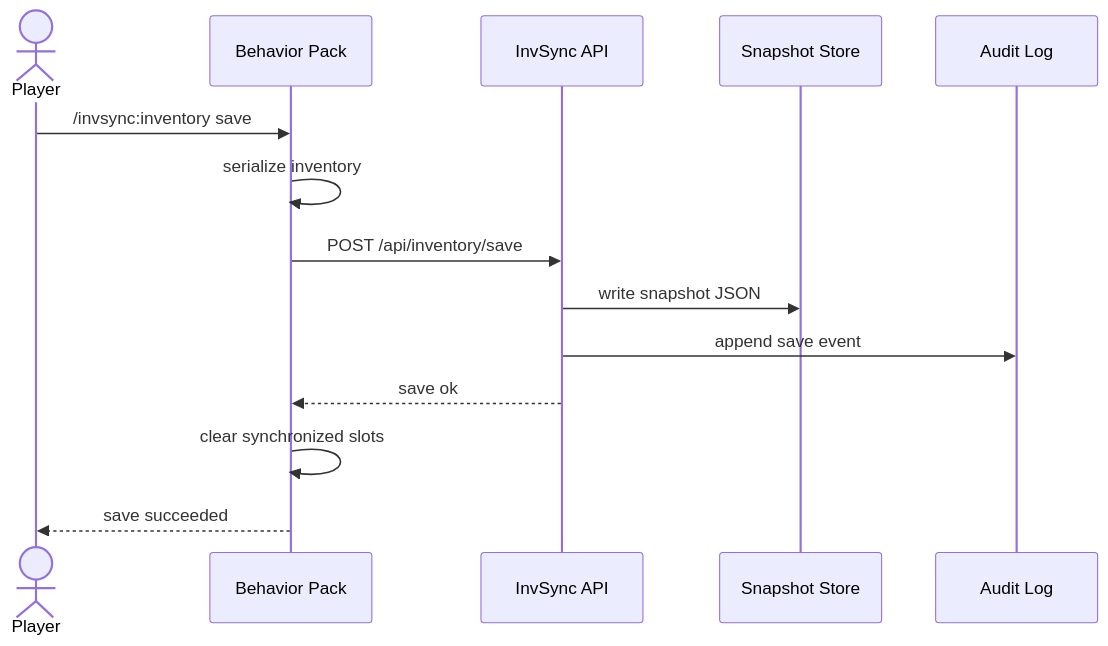
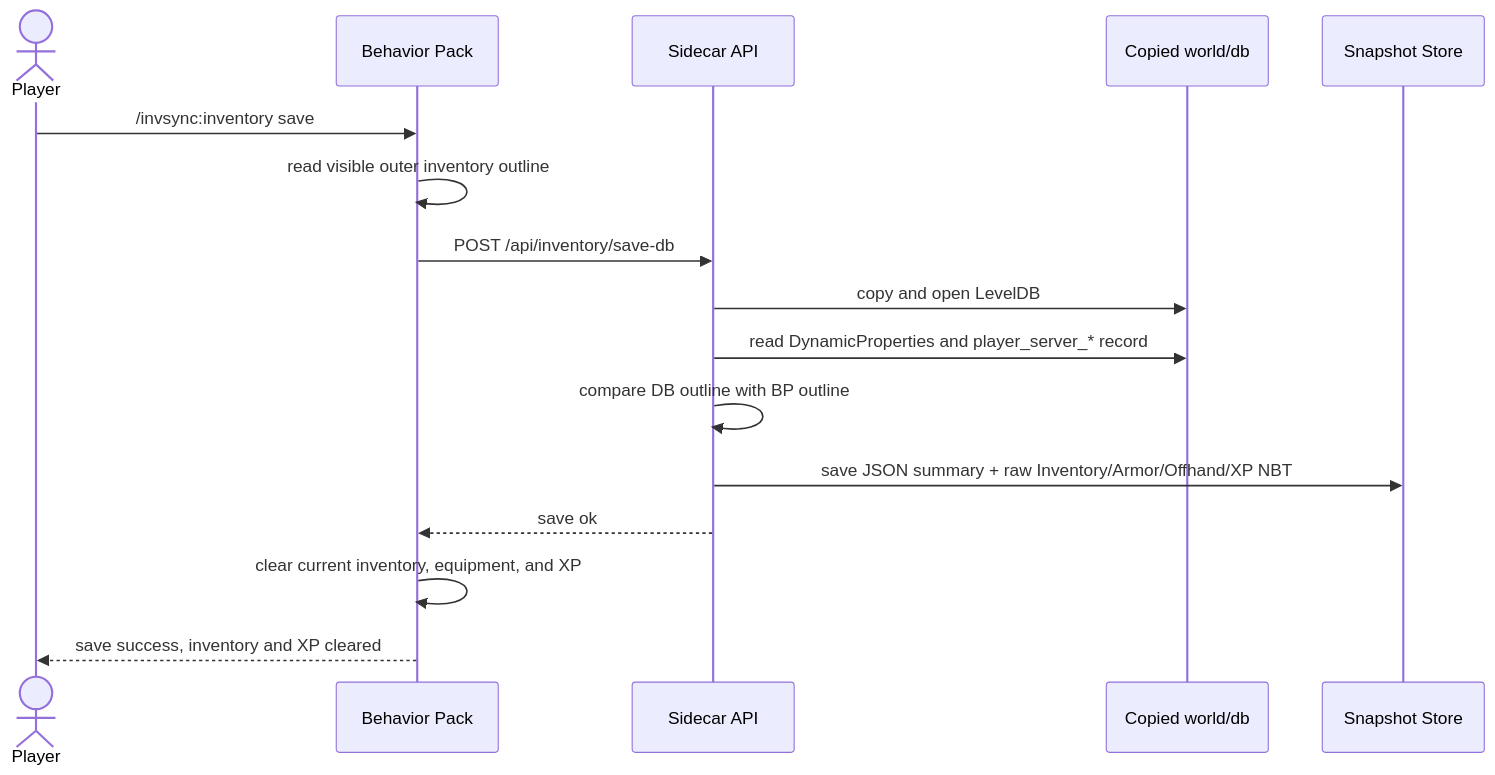
One commit to rometet/inventory-sync changed the second of 4 diagrams in docs/architecture.md. Above: the diagram before and after it, drawn with Mermaid. The commit also changed other lines of this file and 22 other files, not shown here.

Commit message:
Publish inventory sync DB and BP modes

````diff
--- a/docs/architecture.md
+++ b/docs/architecture.md
@@ -65,17 +33,19 @@
 ```mermaid
 sequenceDiagram
     actor P as Player
     participant BP as Behavior Pack
-    participant API as InvSync API
+    participant API as Sidecar API
+    participant DB as Copied world/db
     participant STORE as Snapshot Store
-    participant AUDIT as Audit Log
 
     P->>BP: /invsync:inventory save
-    BP->>BP: serialize inventory
-    BP->>API: POST /api/inventory/save
-    API->>STORE: write snapshot JSON
-    API->>AUDIT: append save event
+    BP->>BP: read visible outer inventory outline
+    BP->>API: POST /api/inventory/save-db
+    API->>DB: copy and open LevelDB
+    API->>DB: read DynamicProperties and player_server_* record
+    API->>API: compare DB outline with BP outline
+    API->>STORE: save JSON summary + raw Inventory/Armor/Offhand/XP NBT
     API-->>BP: save ok
-    BP->>BP: clear synchronized slots
-    BP-->>P: save succeeded
+    BP->>BP: clear current inventory, equipment, and XP
+    BP-->>P: save success, inventory and XP cleared
 ```
````
